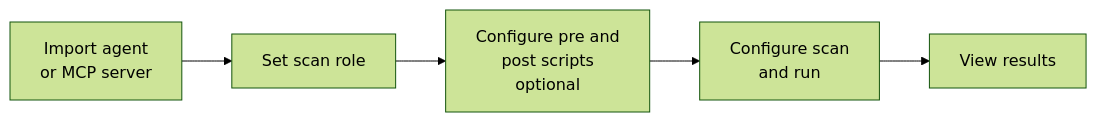
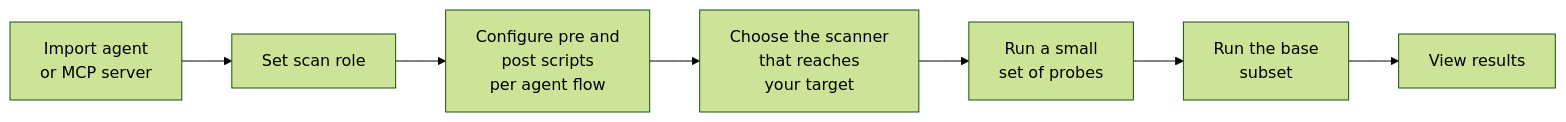
The diagram in akto-argus-agentic-ai-security-for-homegrown-ai/agentic-red-teaming/how-to/run-test.md (akto-api-security/Documentation), drawn with Mermaid (forest theme) before and after one commit. The commit also changed other lines of this file and 3 other files, not shown here.

Commit message:
docs(red-teaming): add MCP_AUTHENTICATION_ROLE guidance, scanner choice, scan order and troubleshooting

````diff
--- a/akto-argus-agentic-ai-security-for-homegrown-ai/agentic-red-teaming/how-to/run-test.md
+++ b/akto-argus-agentic-ai-security-for-homegrown-ai/agentic-red-teaming/how-to/run-test.md
@@ -9,7 +9,9 @@
 ```mermaid
 flowchart LR
     A[Import agent<br/>or MCP server] --> B[Set scan role]
-    B --> C[Configure pre and<br/>post scripts<br/>optional]
-    C --> D[Configure scan<br/>and run]
-    D --> E[View results]
+    B --> C[Configure pre and<br/>post scripts<br/>per agent flow]
+    C --> D[Choose the scanner<br/>that reaches<br/>your target]
+    D --> E[Run a small<br/>set of probes]
+    E --> F[Run the base<br/>subset]
+    F --> G[View results]
 ```
````
